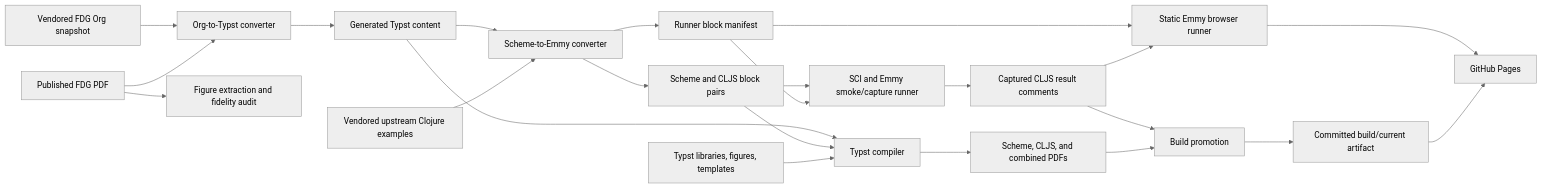
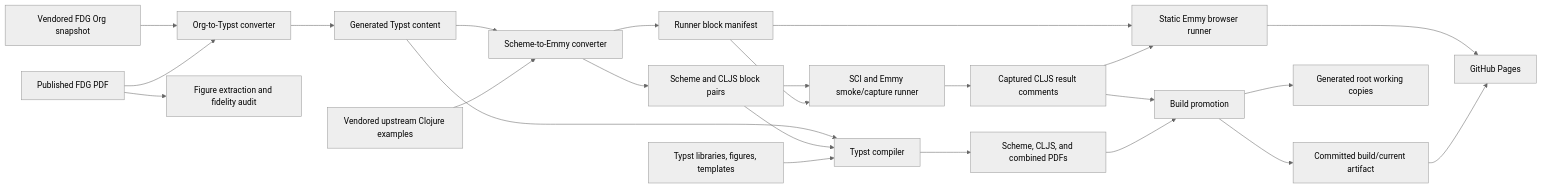
The first of 9 diagrams in ARCHITECTURE.md (clvnkhr/fdgtyp), drawn with Mermaid (neutral theme) before and after one commit. The commit also changed other lines of this file and 3335 other files, not shown here.

````diff
--- a/ARCHITECTURE.md
+++ b/ARCHITECTURE.md
@@ -56,30 +56,31 @@
 ```mermaid
 flowchart LR
     upstream[Vendored FDG Org snapshot] --> orgconv[Org-to-Typst converter]
     published[Published FDG PDF] --> figures[Figure extraction and fidelity audit]
     published --> orgconv
 
     orgconv --> typcontent[Generated Typst content]
     typcontent --> emmyconv[Scheme-to-Emmy converter]
     cljupstream[Vendored upstream Clojure examples] --> emmyconv
 
     emmyconv --> pairs[Scheme and CLJS block pairs]
     emmyconv --> manifest[Runner block manifest]
     pairs --> smoke[SCI and Emmy smoke/capture runner]
     manifest --> smoke
     smoke --> captured[Captured CLJS result comments]
 
     typcontent --> typst[Typst compiler]
     pairs --> typst
     assets[Typst libraries, figures, templates] --> typst
     typst --> pdfs[Scheme, CLJS, and combined PDFs]
 
     manifest --> web[Static Emmy browser runner]
     captured --> web
     web --> pages[GitHub Pages]
 
     captured --> promote[Build promotion]
     pdfs --> promote
     promote --> committed[Committed build/current artifact]
+    promote --> rootmirror[Generated root working copies]
     committed --> pages
 ```
````
